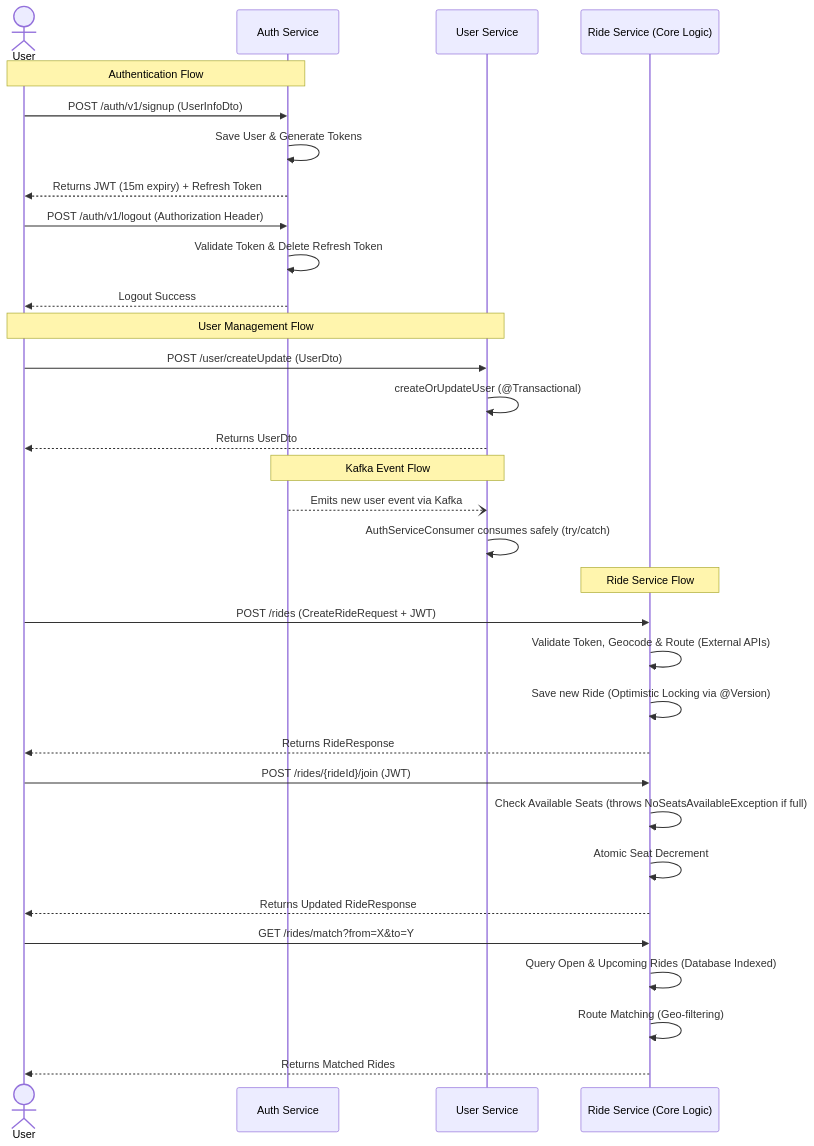
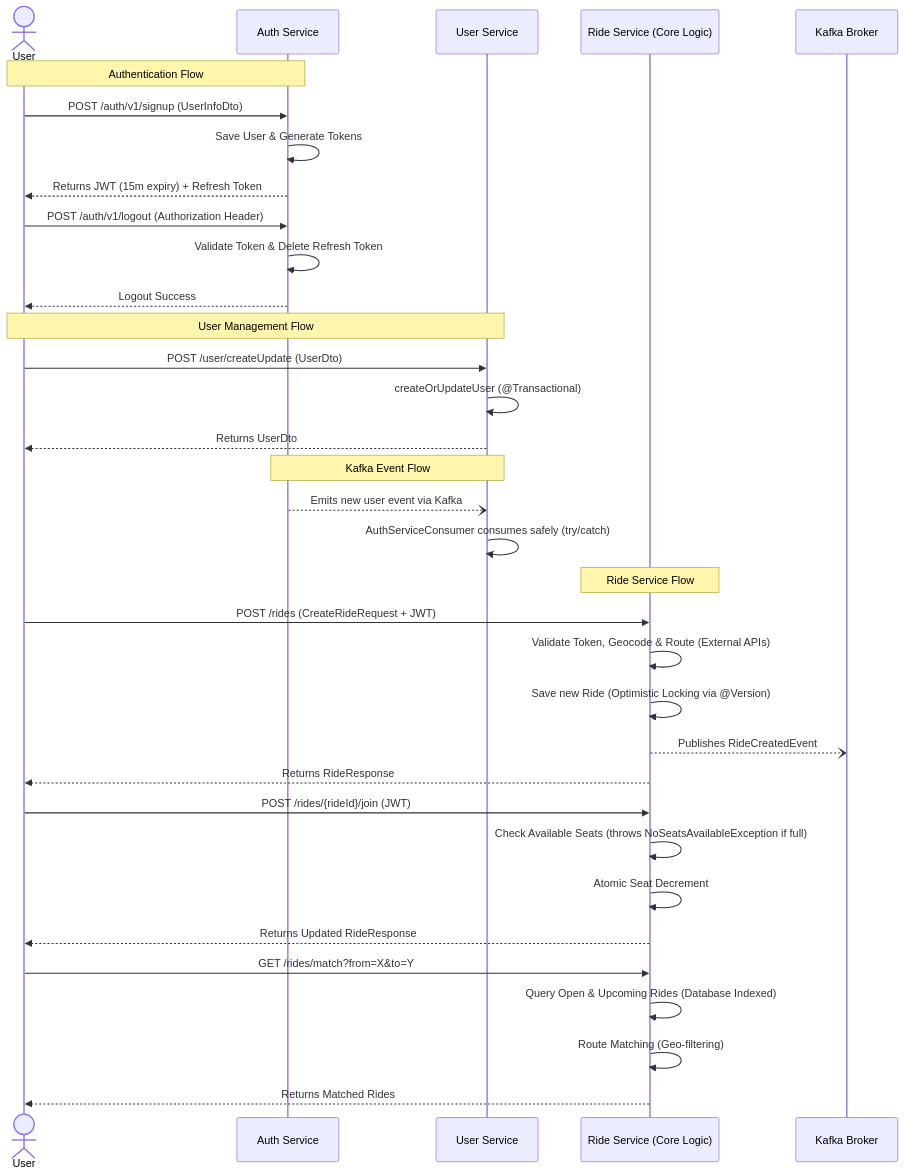
One commit to Arnav05-cyber/Cabit changed the diagram in README.md. Above: the diagram before and after it, drawn with Mermaid. The commit also changed other lines of this file, not shown here.

Commit message:
docs: Update README with RideService Kafka flow

````diff
--- a/README.md
+++ b/README.md
@@ -30,41 +30,43 @@
 ```mermaid
 sequenceDiagram
     actor User
     participant Auth as Auth Service
     participant UserSvc as User Service
     participant Ride as Ride Service (Core Logic)
+    participant Kafka as Kafka Broker
 
     Note over User, Auth: Authentication Flow
     User->>Auth: POST /auth/v1/signup (UserInfoDto)
     Auth->>Auth: Save User & Generate Tokens
     Auth-->>User: Returns JWT (15m expiry) + Refresh Token
 
     User->>Auth: POST /auth/v1/logout (Authorization Header)
     Auth->>Auth: Validate Token & Delete Refresh Token
     Auth-->>User: Logout Success
 
     Note over User, UserSvc: User Management Flow
     User->>UserSvc: POST /user/createUpdate (UserDto)
     UserSvc->>UserSvc: createOrUpdateUser (@Transactional)
     UserSvc-->>User: Returns UserDto
     
     Note over Auth, UserSvc: Kafka Event Flow
     Auth--)UserSvc: Emits new user event via Kafka
     UserSvc->>UserSvc: AuthServiceConsumer consumes safely (try/catch)
 
     Note over Ride: Ride Service Flow
     User->>Ride: POST /rides (CreateRideRequest + JWT)
     Ride->>Ride: Validate Token, Geocode & Route (External APIs)
     Ride->>Ride: Save new Ride (Optimistic Locking via @Version)
+    Ride--)Kafka: Publishes RideCreatedEvent
     Ride-->>User: Returns RideResponse
 
     User->>Ride: POST /rides/{rideId}/join (JWT)
     Ride->>Ride: Check Available Seats (throws NoSeatsAvailableException if full)
     Ride->>Ride: Atomic Seat Decrement
     Ride-->>User: Returns Updated RideResponse
     
     User->>Ride: GET /rides/match?from=X&to=Y
     Ride->>Ride: Query Open & Upcoming Rides (Database Indexed)
     Ride->>Ride: Route Matching (Geo-filtering)
     Ride-->>User: Returns Matched Rides
 ```
````
